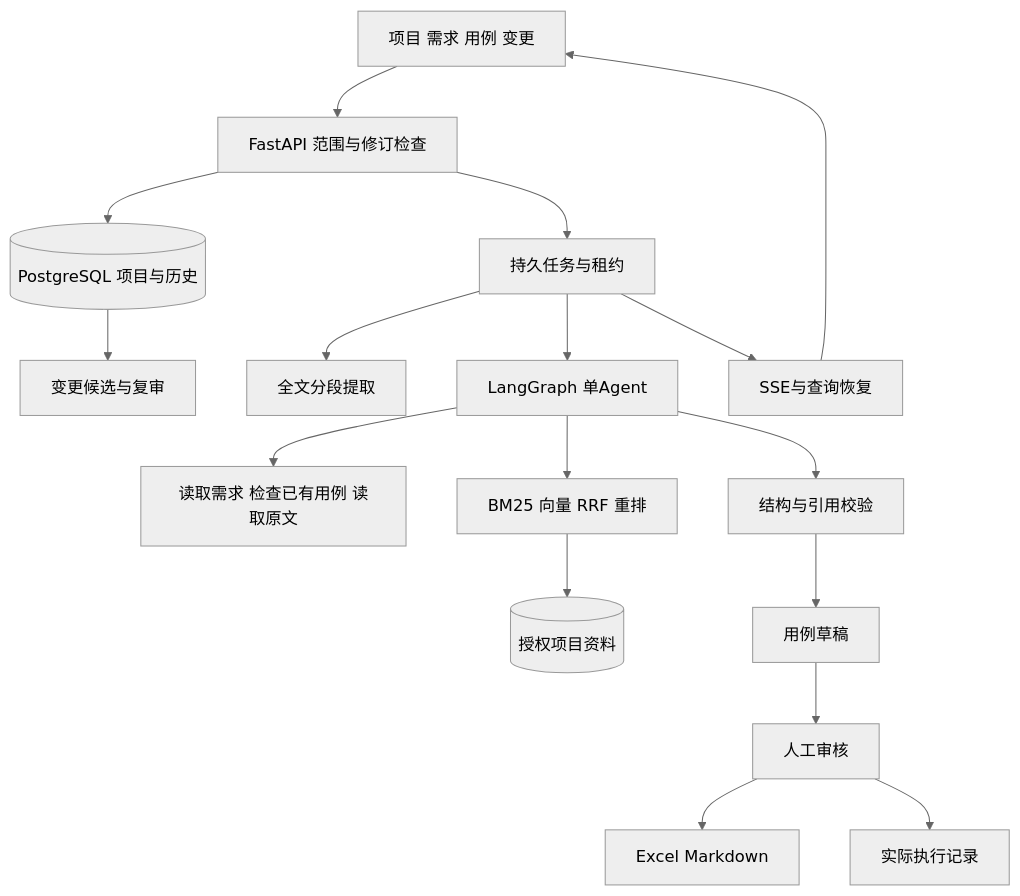
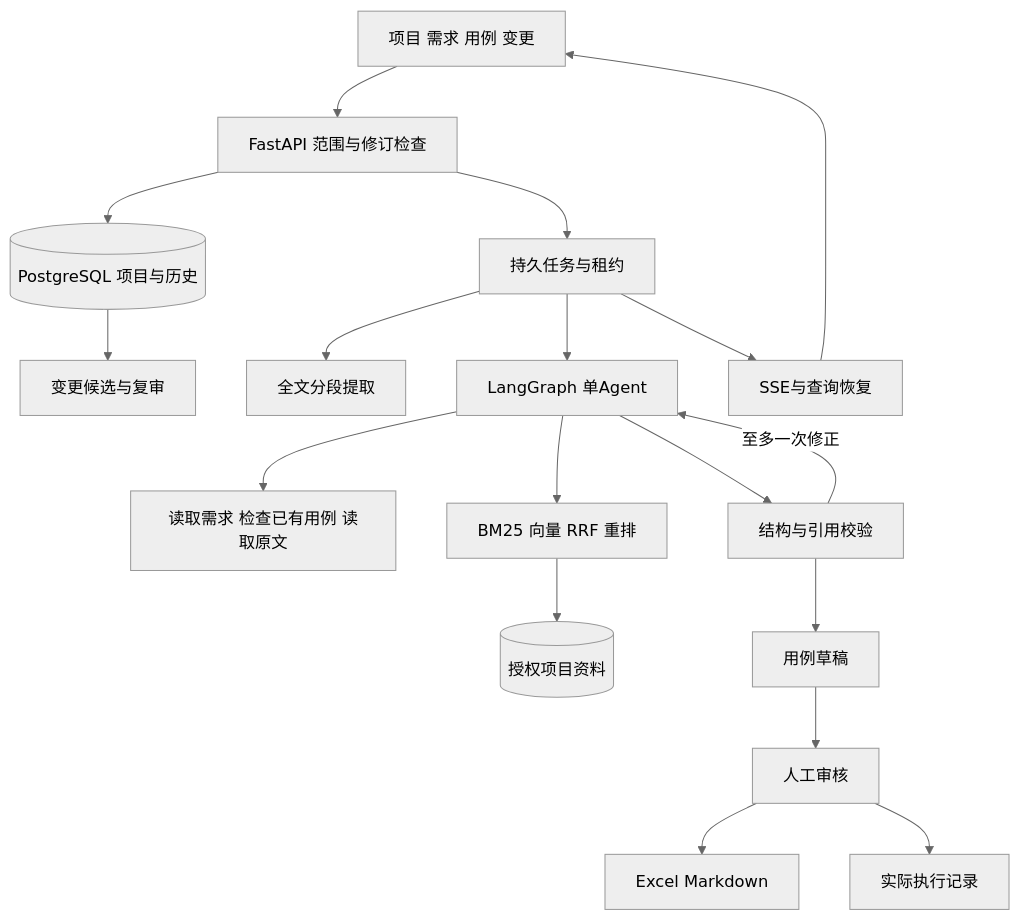
One commit to chen-xinyi111/caseflow changed the diagram in docs/ARCHITECTURE.md. Above: the diagram before and after it, drawn with Mermaid (neutral theme). The commit also changed other lines of this file and 6 other files, not shown here.

````diff
--- a/docs/ARCHITECTURE.md
+++ b/docs/ARCHITECTURE.md
@@ -3,19 +3,20 @@
 ```mermaid
 flowchart TD
  UI[项目 需求 用例 变更] --> API[FastAPI 范围与修订检查]
  API --> DB[(PostgreSQL 项目与历史)]
  API --> Queue[持久任务与租约]
  Queue --> Extract[全文分段提取]
  Queue --> Agent[LangGraph 单Agent]
  Agent --> Tools[读取需求 检查已有用例 读取原文]
  Agent --> RAG[BM25 向量 RRF 重排]
  RAG --> KB[(授权项目资料)]
  Agent --> Validate[结构与引用校验]
+ Validate -->|至多一次修正| Agent
  Validate --> Draft[用例草稿]
  Draft --> Review[人工审核]
  Review --> Export[Excel Markdown]
  Review --> Runs[实际执行记录]
  DB --> Changes[变更候选与复审]
  Queue --> Events[SSE与查询恢复]
  Events --> UI
 ```
````
